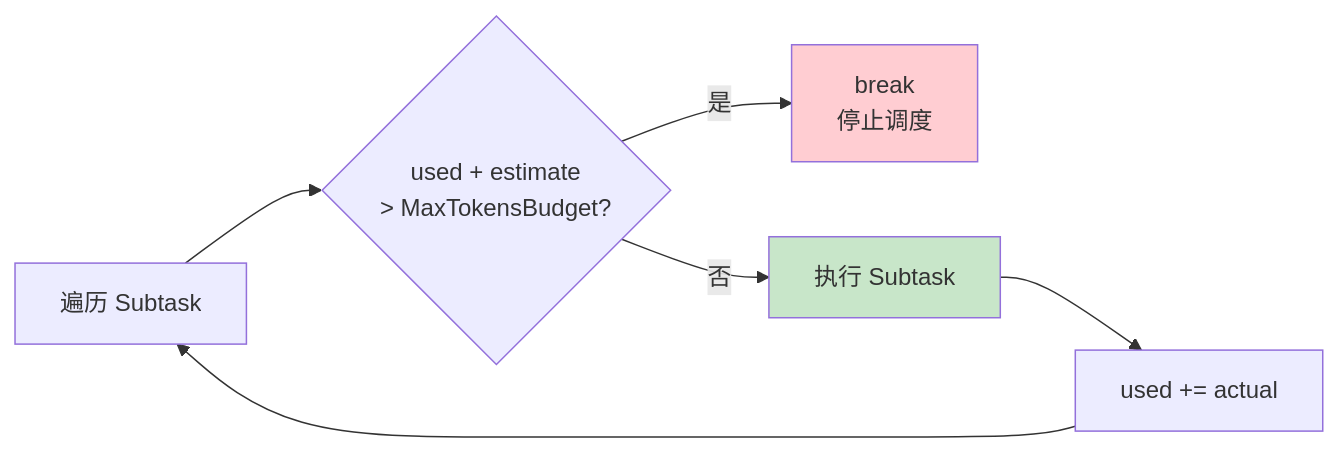
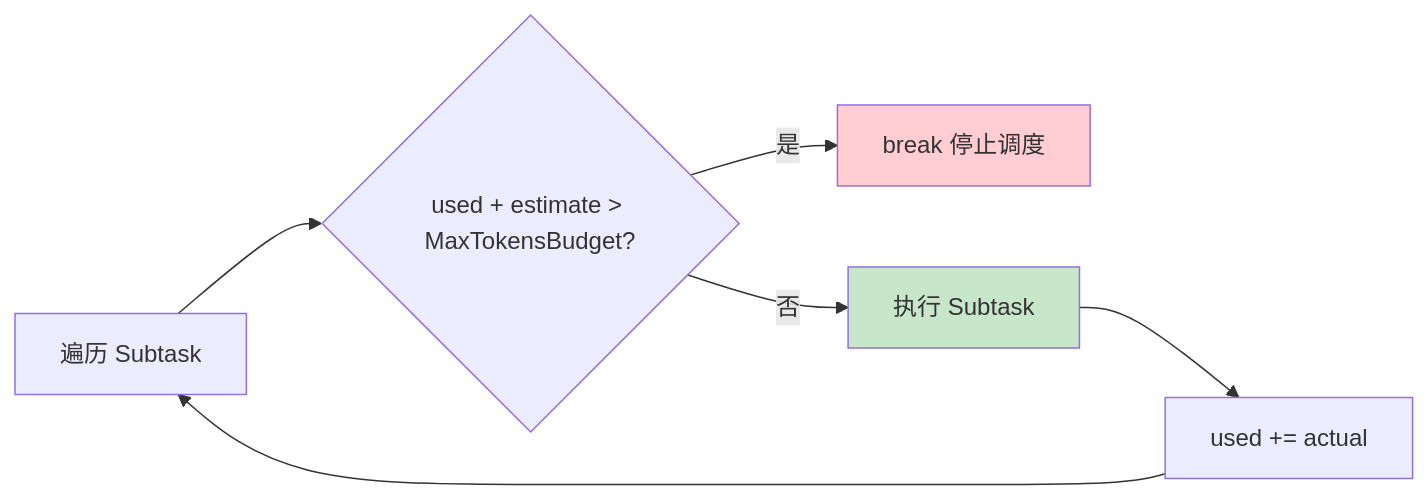
One commit to awesome-flexloop/awesome-okf changed the fourth of 12 diagrams in doc/bundles/jishu/ai/products/open-code-review/concepts/01-architecture.md. Above: the diagram before and after it, drawn with Mermaid. The commit also changed other lines of this file and 10 other files, not shown here.

First line of the commit message:
docs(bundle): 清偿 Open Code Review 存量 Mermaid 违规避免规范漂移累积

````diff
--- a/doc/bundles/jishu/ai/products/open-code-review/concepts/01-architecture.md
+++ b/doc/bundles/jishu/ai/products/open-code-review/concepts/01-architecture.md
@@ -301,11 +292,10 @@
 ```mermaid
 flowchart LR
-    Start["遍历 Subtask"] --> Check{"used + estimate<br/>> MaxTokensBudget?"}
-    Check -->|"是"| Break["break<br/>停止调度"]
+    Start["遍历 Subtask"] --> Check{"used + estimate > MaxTokensBudget?"}
+    Check -->|"是"| Break["break 停止调度"]
     Check -->|"否"| Run["执行 Subtask"]
     Run --> Update["used += actual"]
     Update --> Start
-
     style Break fill:#ffcdd2
     style Run fill:#c8e6c9
 ```
````
